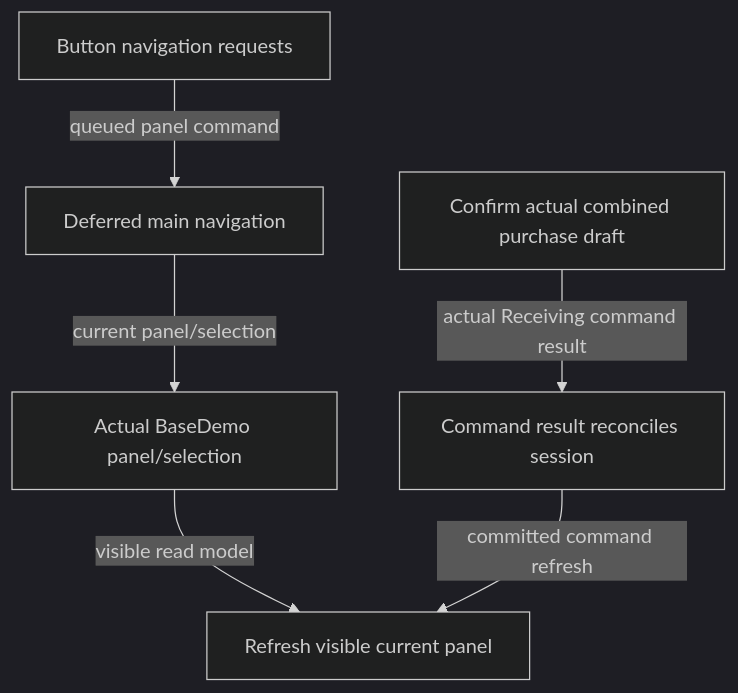
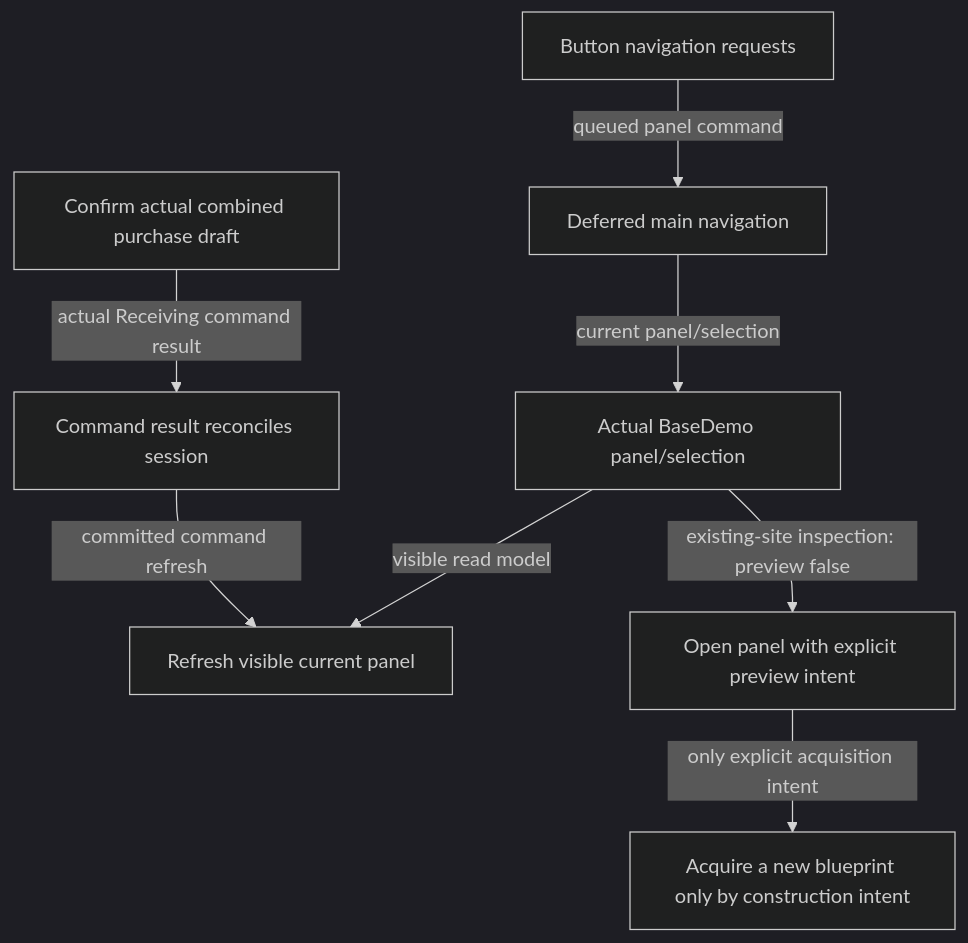
Diagram 41 of 49 in docs/system_atlas.md (TheInfinityIQ/Trencho_V4), drawn with Mermaid (dark theme) before and after one commit. The commit also changed other lines of this file and 17 other files, not shown here.

Commit message:
Keep existing site inspection separate from blueprint acquisition

````diff
--- a/docs/system_atlas.md
+++ b/docs/system_atlas.md
@@ -1260,14 +1260,18 @@
 ```mermaid
 flowchart TD
     n0["Button navigation requests"]
     n1["Deferred main navigation"]
     n2["Actual BaseDemo panel/selection"]
     n3["Command result reconciles session"]
     n4["Refresh visible current panel"]
     n5["Confirm actual combined purchase draft"]
+    n6["Open panel with explicit preview intent"]
+    n7["Acquire a new blueprint only by construction intent"]
     n0 -->|"queued panel command"| n1
     n1 -->|"current panel/selection"| n2
     n2 -->|"visible read model"| n4
     n3 -->|"committed command refresh"| n4
     n5 -->|"actual Receiving command result"| n3
+    n2 -->|"existing-site inspection: preview false"| n6
+    n6 -->|"only explicit acquisition intent"| n7
 ```
````
